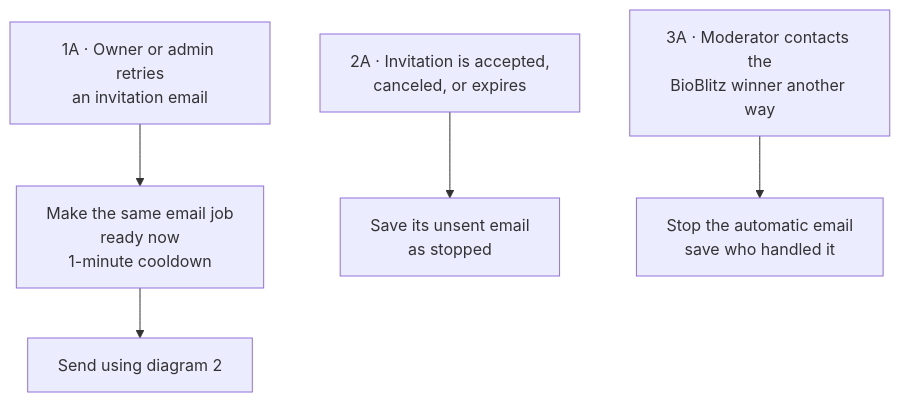
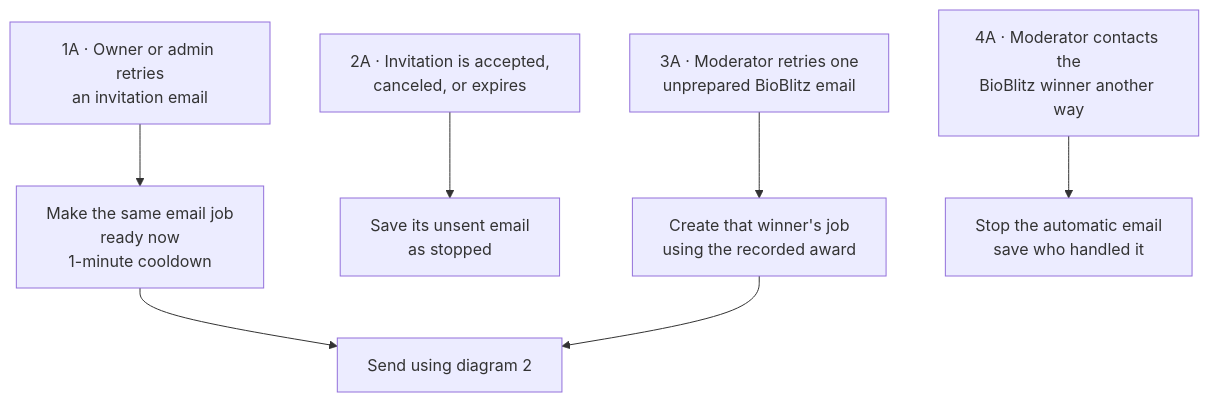
Before and after one commit to GainForest/gainforest-app: the fourth of 4 diagrams in docs/email-notification-system.md, drawn with Mermaid. The commit also changed other lines of this file and 17 other files, not shown here.

````diff
--- a/docs/email-notification-system.md
+++ b/docs/email-notification-system.md
@@ -134,22 +124,29 @@
 ```mermaid
 flowchart TB
 
   RetryInvitation["1A · Owner or admin retries<br/>an invitation email"]
 
   SameJob["Make the same email job<br/>ready now<br/>1-minute cooldown"]
 
   RetryInvitation --> SameJob
   SameJob --> SendAgain["Send using diagram 2"]
 
   InvitationEnds["2A · Invitation is accepted,<br/>canceled, or expires"]
 
   StopInvitation["Save its unsent email<br/>as stopped"]
 
   InvitationEnds --> StopInvitation
 
-  ManualContact["3A · Moderator contacts the<br/>BioBlitz winner another way"]
+  RetryWinner["3A · Moderator retries one<br/>unprepared BioBlitz email"]
+
+  CreateWinnerJob["Create that winner's job<br/>using the recorded award"]
+
+  RetryWinner --> CreateWinnerJob
+  CreateWinnerJob --> SendAgain
+
+  ManualContact["4A · Moderator contacts the<br/>BioBlitz winner another way"]
 
   StopWinnerEmail["Stop the automatic email<br/>save who handled it"]
 
   ManualContact --> StopWinnerEmail
 ```
````
